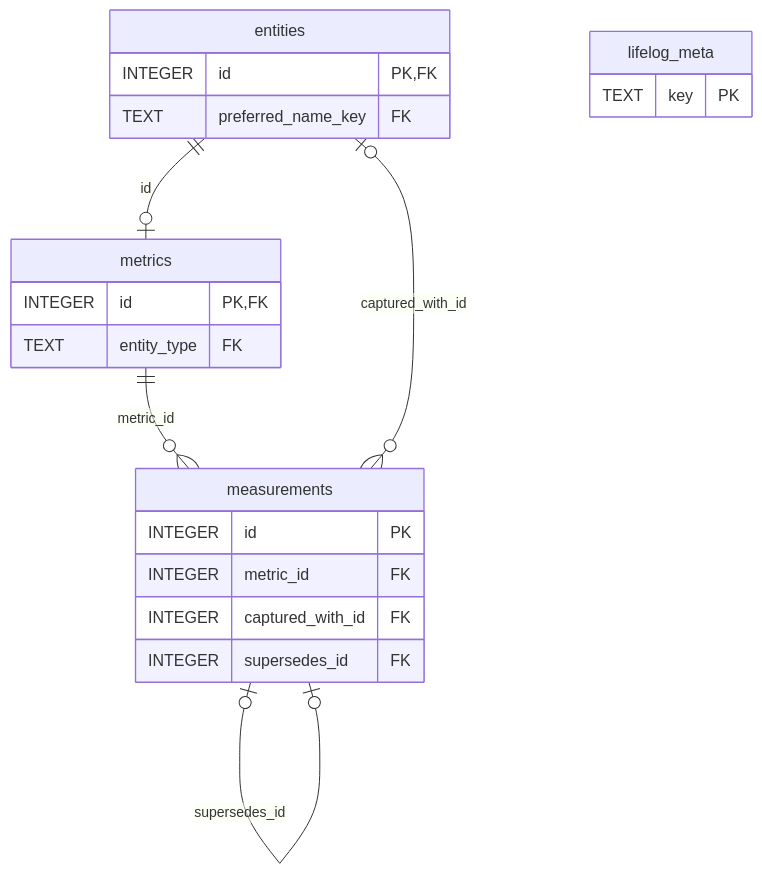
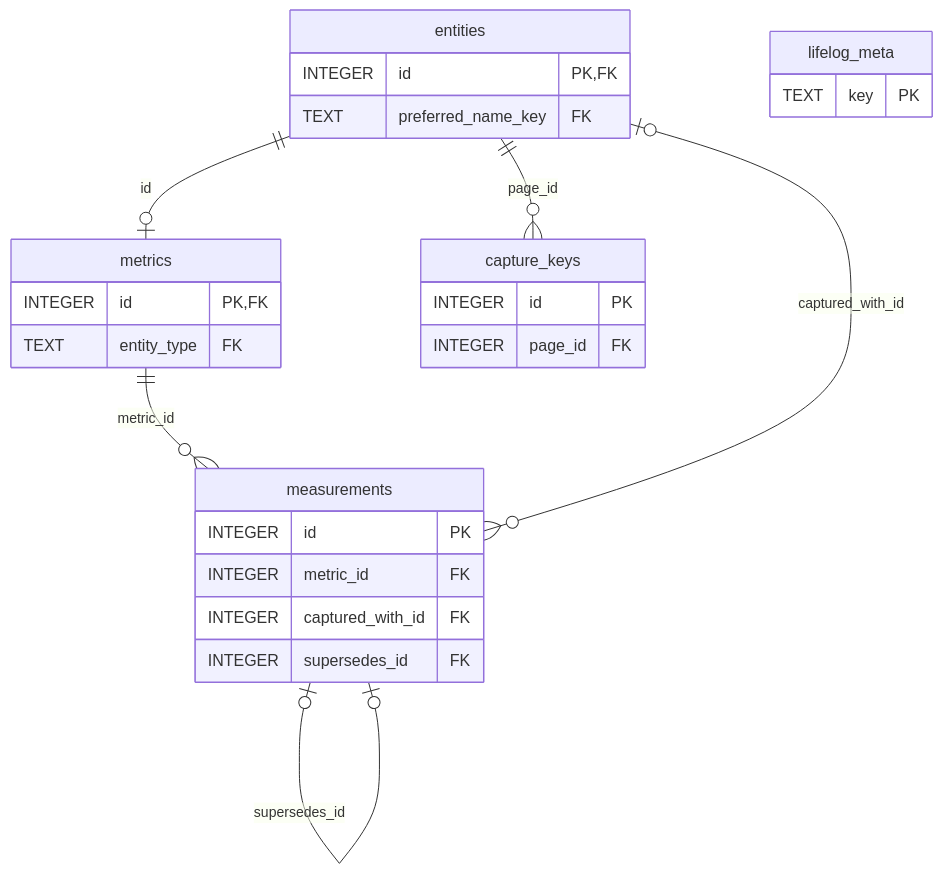
Before and after one commit to alexradunet/lifelogdb: the second of 2 diagrams in docs/architecture/entity-model.md, drawn with Mermaid. The commit also changed other lines of this file and 33 other files, not shown here.

````diff
--- a/docs/architecture/entity-model.md
+++ b/docs/architecture/entity-model.md
@@ -62,26 +63,31 @@
 ```mermaid
 %% diagram: er-facts
 erDiagram
     entities    ||--o| metrics : "id"
     metrics     ||--o{ measurements : "metric_id"
     entities    |o--o{ measurements : "captured_with_id"
     measurements |o--o| measurements : "supersedes_id"
+    entities    ||--o{ capture_keys : "page_id"
 
     metrics {
         INTEGER id PK, FK
         TEXT entity_type FK
     }
     measurements {
         INTEGER id PK
         INTEGER metric_id FK
         INTEGER captured_with_id FK
         INTEGER supersedes_id FK
     }
     entities {
         INTEGER id PK, FK
         TEXT preferred_name_key FK
     }
+    capture_keys {
+        INTEGER id PK
+        INTEGER page_id FK
+    }
     lifelog_meta {
         TEXT key PK
     }
 ```
````
